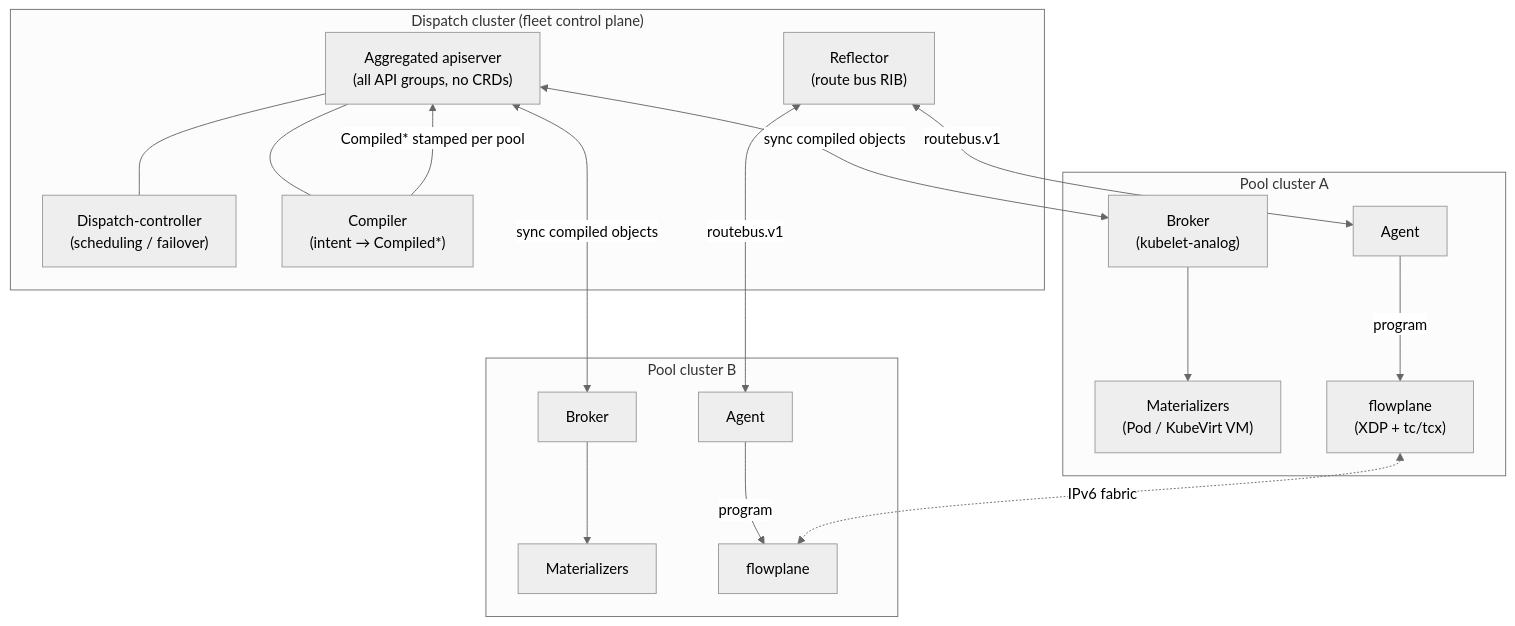
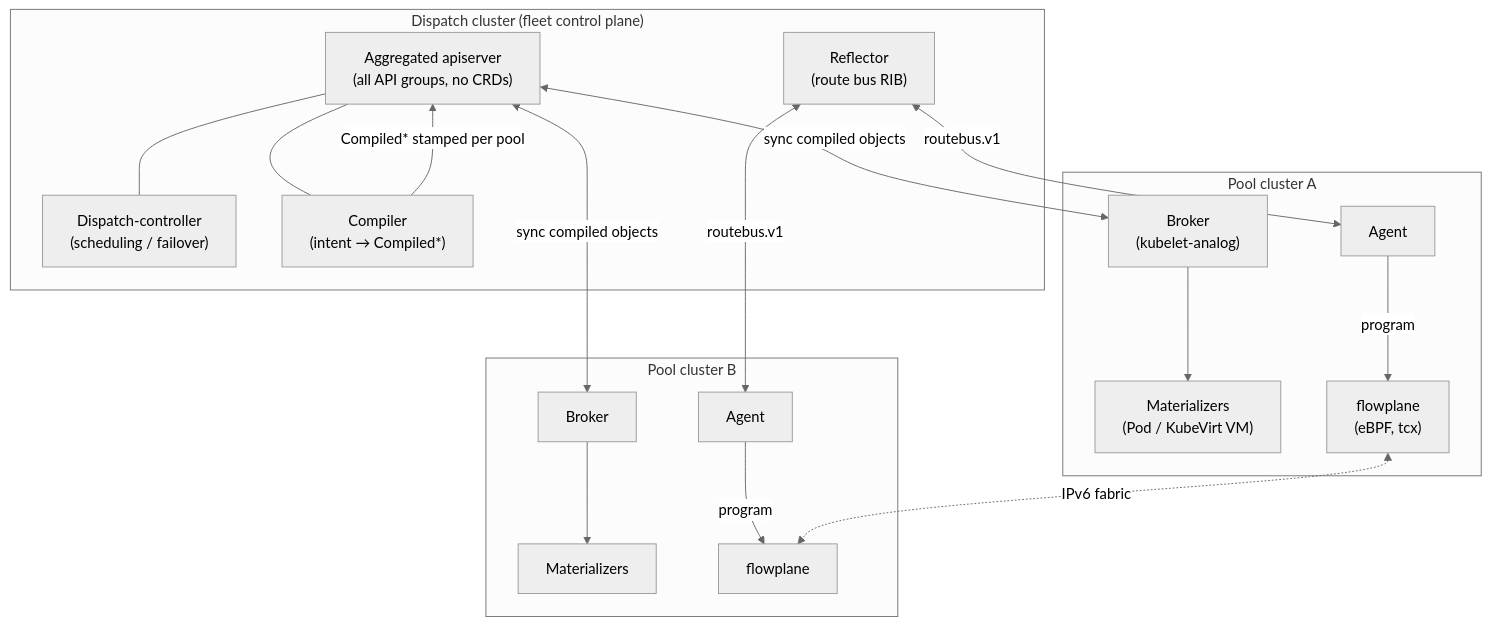
The diagram in docs/index.md (trevex/ectobase), drawn with Mermaid (neutral theme) before and after one commit. The commit also changed 29 other files, not shown here.

First line of the commit message:
docs: re-truth after the PKI rename, per-pool scoping, and XDP→tcx

````diff
--- a/docs/index.md
+++ b/docs/index.md
@@ -20,36 +20,36 @@
 ```mermaid
 flowchart TB
     subgraph dispatch["Dispatch cluster (fleet control plane)"]
         api["Aggregated apiserver<br/>(all API groups, no CRDs)"]
         hubctl["Dispatch-controller<br/>(scheduling / failover)"]
         compiler["Compiler<br/>(intent → Compiled*)"]
         refl["Reflector<br/>(route bus RIB)"]
         api --- compiler
         api --- hubctl
     end
 
     subgraph poolA["Pool cluster A"]
         brokerA["Broker<br/>(kubelet-analog)"]
         matA["Materializers<br/>(Pod / KubeVirt VM)"]
         agentA["Agent"]
-        dpA["flowplane<br/>(XDP + tc/tcx)"]
+        dpA["flowplane<br/>(eBPF, tcx)"]
         brokerA --> matA
         agentA -->|program| dpA
     end
 
     subgraph poolB["Pool cluster B"]
         brokerB["Broker"]
         matB["Materializers"]
         agentB["Agent"]
         dpB["flowplane"]
         brokerB --> matB
         agentB -->|program| dpB
     end
 
     compiler -->|Compiled* stamped per pool| api
     api <-->|sync compiled objects| brokerA
     api <-->|sync compiled objects| brokerB
     refl <-->|routebus.v1| agentA
     refl <-->|routebus.v1| agentB
     dpA <-. IPv6 fabric .-> dpB
 ```
````
